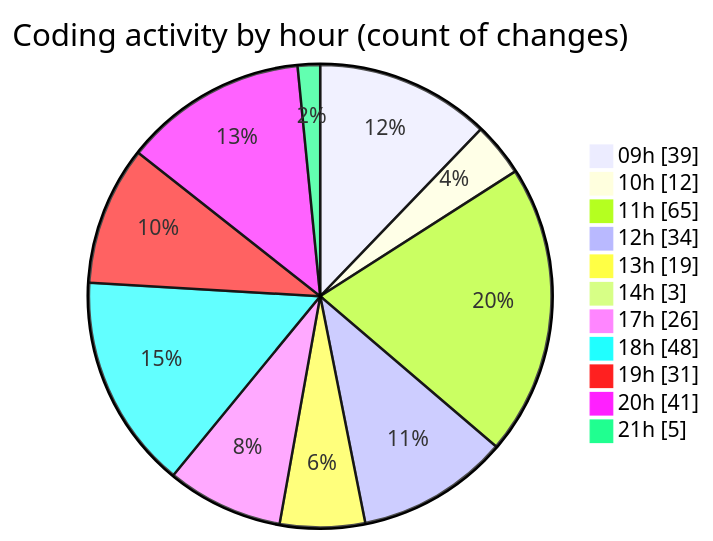
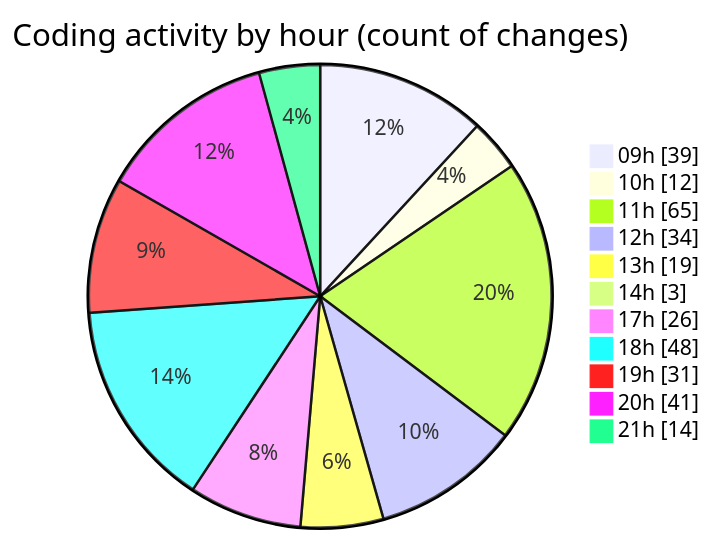
One commit to momahboobian/code-tracking changed the second of 2 diagrams in 2025-03-04/cda/README.md. Above: the diagram before and after it, drawn with Mermaid. The commit also changed other lines of this file and 1 other file, not shown here.

````diff
--- a/2025-03-04/cda/README.md
+++ b/2025-03-04/cda/README.md
@@ -48,15 +48,15 @@
 ```mermaid
 pie showData
 title Coding activity by hour (count of changes)
 "09h" : 39
 "10h" : 12
 "11h" : 65
 "12h" : 34
 "13h" : 19
 "14h" : 3
 "17h" : 26
 "18h" : 48
 "19h" : 31
 "20h" : 41
-"21h" : 5
+"21h" : 14
 ```
````
